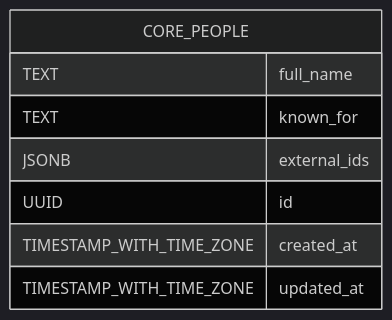
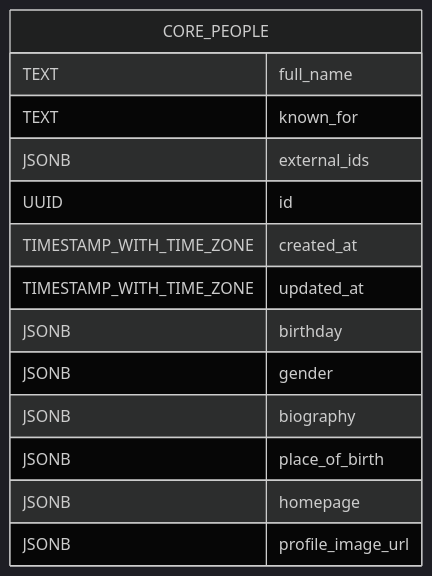
Before and after one commit to therealityreport/trr-backend: the diagram in supabase/schema_docs/diagrams/core.people.mermaid.md, drawn with Mermaid (dark theme). The commit also changed 30 other files, not shown here.

Commit message:
docs(schema): refresh generated schema docs

````diff
--- a/supabase/schema_docs/diagrams/core.people.mermaid.md
+++ b/supabase/schema_docs/diagrams/core.people.mermaid.md
@@ -4,11 +4,17 @@
 ```mermaid
 erDiagram
     CORE_PEOPLE {
         TEXT full_name
         TEXT known_for
         JSONB external_ids
         UUID id
         TIMESTAMP_WITH_TIME_ZONE created_at
         TIMESTAMP_WITH_TIME_ZONE updated_at
+        JSONB birthday
+        JSONB gender
+        JSONB biography
+        JSONB place_of_birth
+        JSONB homepage
+        JSONB profile_image_url
     }
 ```
````
